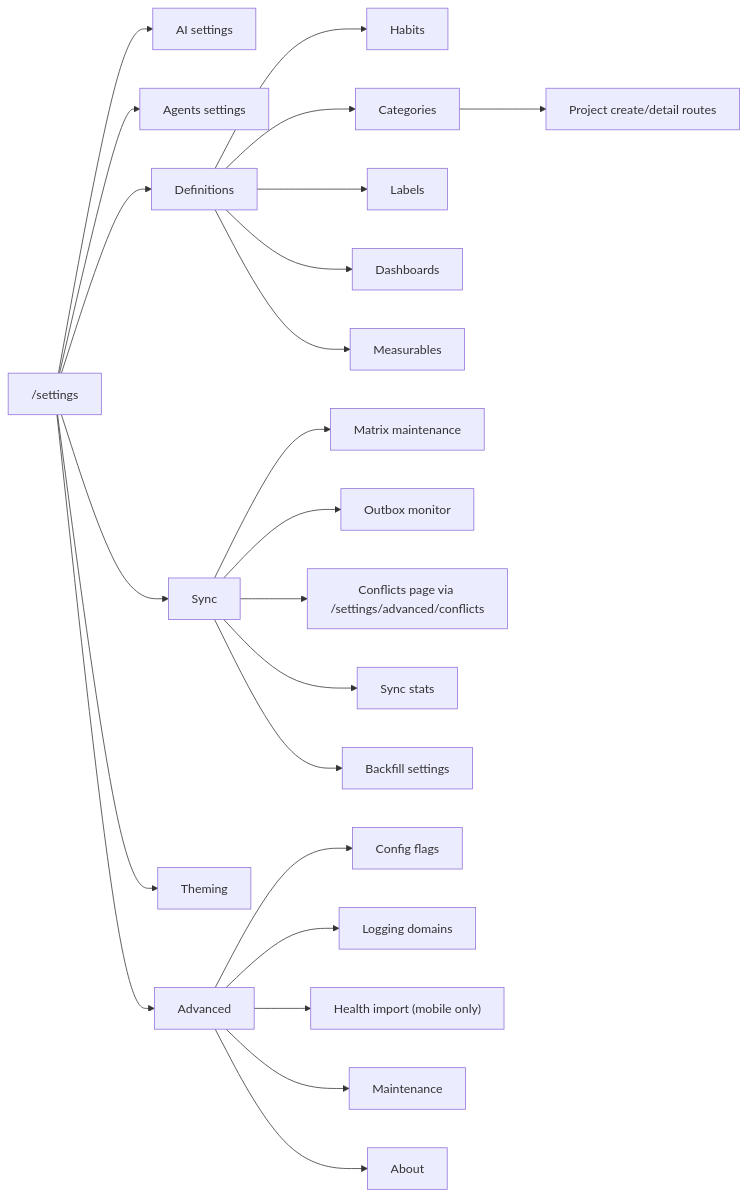
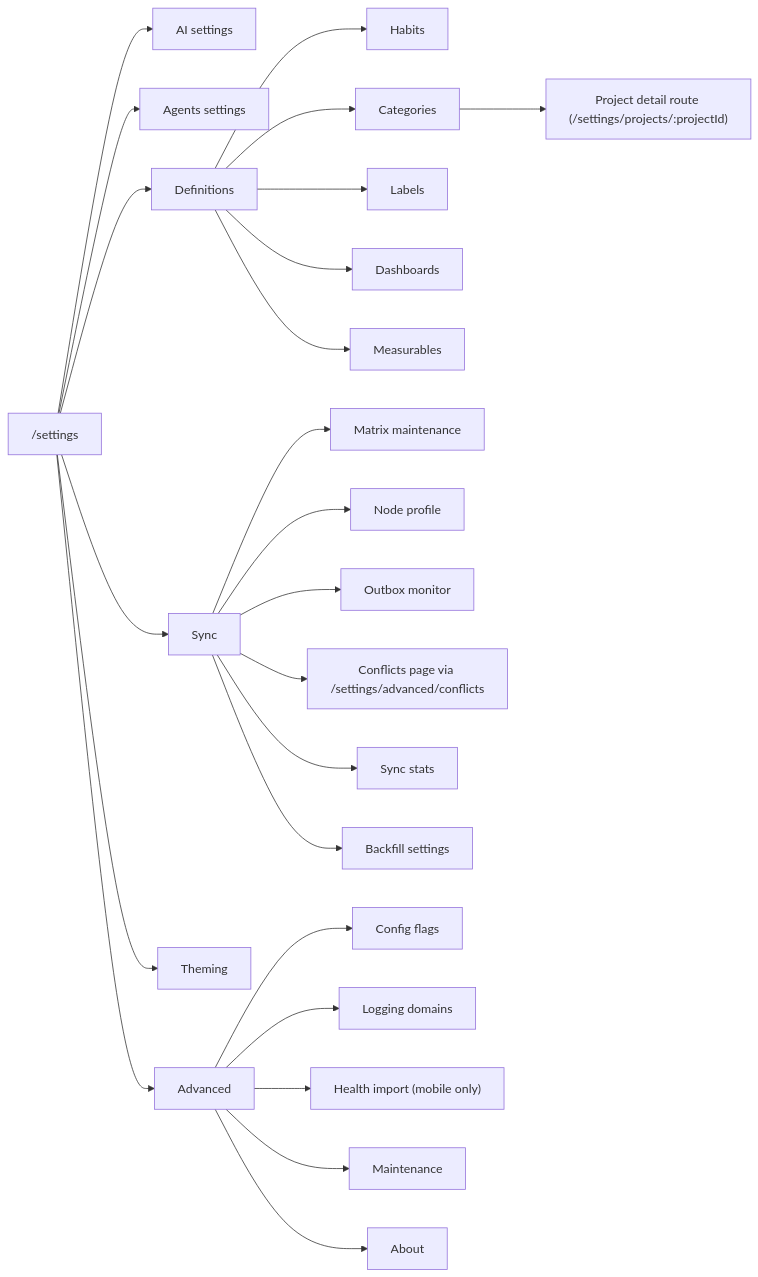
The third of 5 diagrams in lib/features/settings/README.md (matthiasn/lotti), drawn with Mermaid before and after one commit. The commit also changed other lines of this file and 43 other files, not shown here.

````diff
--- a/lib/features/settings/README.md
+++ b/lib/features/settings/README.md
@@ -138,27 +173,28 @@
 ```mermaid
 flowchart LR
   Landing["/settings"] --> AI["AI settings"]
   Landing --> Agents["Agents settings"]
   Landing --> Sync["Sync"]
   Landing --> Definitions["Definitions"]
   Landing --> Theming["Theming"]
   Landing --> Advanced["Advanced"]
 
   Definitions --> Habits["Habits"]
   Definitions --> Categories["Categories"]
   Definitions --> Labels["Labels"]
   Definitions --> Dashboards["Dashboards"]
   Definitions --> Measurables["Measurables"]
 
-  Categories --> Projects["Project create/detail routes"]
+  Categories --> Projects["Project detail route (/settings/projects/:projectId)"]
   Sync --> MatrixMaint["Matrix maintenance"]
+  Sync --> NodeProfile["Node profile"]
   Sync --> Outbox["Outbox monitor"]
   Sync --> Conflicts["Conflicts page via /settings/advanced/conflicts"]
   Sync --> Stats["Sync stats"]
   Sync --> Backfill["Backfill settings"]
   Advanced --> Flags["Config flags"]
   Advanced --> Logging["Logging domains"]
   Advanced --> Health["Health import (mobile only)"]
   Advanced --> Maint["Maintenance"]
   Advanced --> About["About"]
 ```
````
